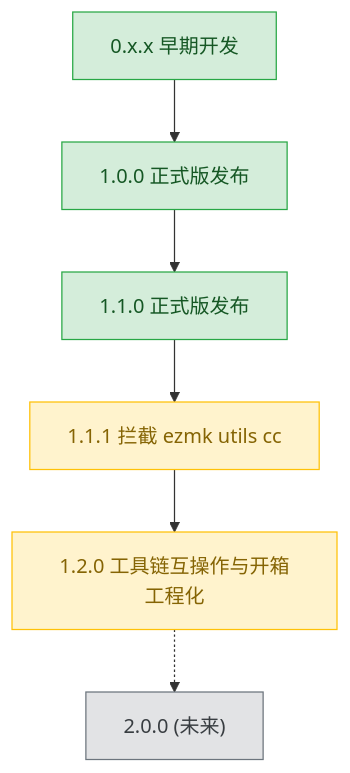
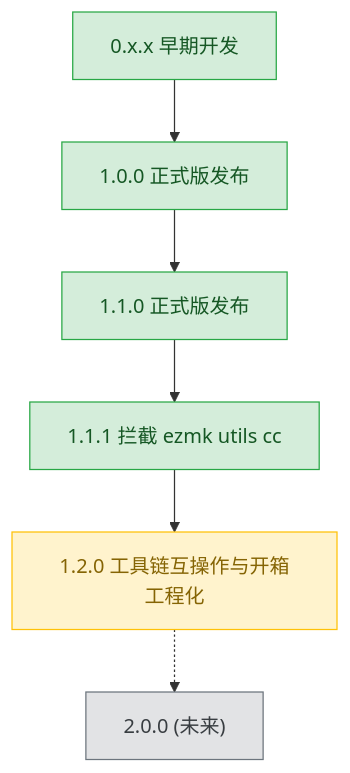
Before and after one commit to 3667808244/EazyMake: the diagram in plans/README.md, drawn with Mermaid. The commit also changed other lines of this file and 4 other files, not shown here.

````diff
--- a/plans/README.md
+++ b/plans/README.md
@@ -57,23 +57,23 @@
 ```mermaid
 graph TD
     v0xx["0.x.x 早期开发"]
     v100["1.0.0 正式版发布"]
     v110["1.1.0 正式版发布"]
     v111["1.1.1 拦截 ezmk utils cc"]
     v120["1.2.0 工具链互操作与开箱工程化"]
     v200["2.0.0 (未来)"]
 
     v0xx --> v100
     v100 --> v110
     v110 --> v111
     v111 --> v120
     v120 -.-> v200
 
     classDef done fill:#d4edda,stroke:#28a745,color:#155724;
     classDef active fill:#fff3cd,stroke:#ffc107,color:#856404;
     classDef todo fill:#e2e3e5,stroke:#6c757d,color:#383d41;
 
-    class v0xx,v100,v110 done;
-    class v111,v120 active;
+    class v0xx,v100,v110,v111 done;
+    class v120 active;
     class v200 todo;
 ```
````
